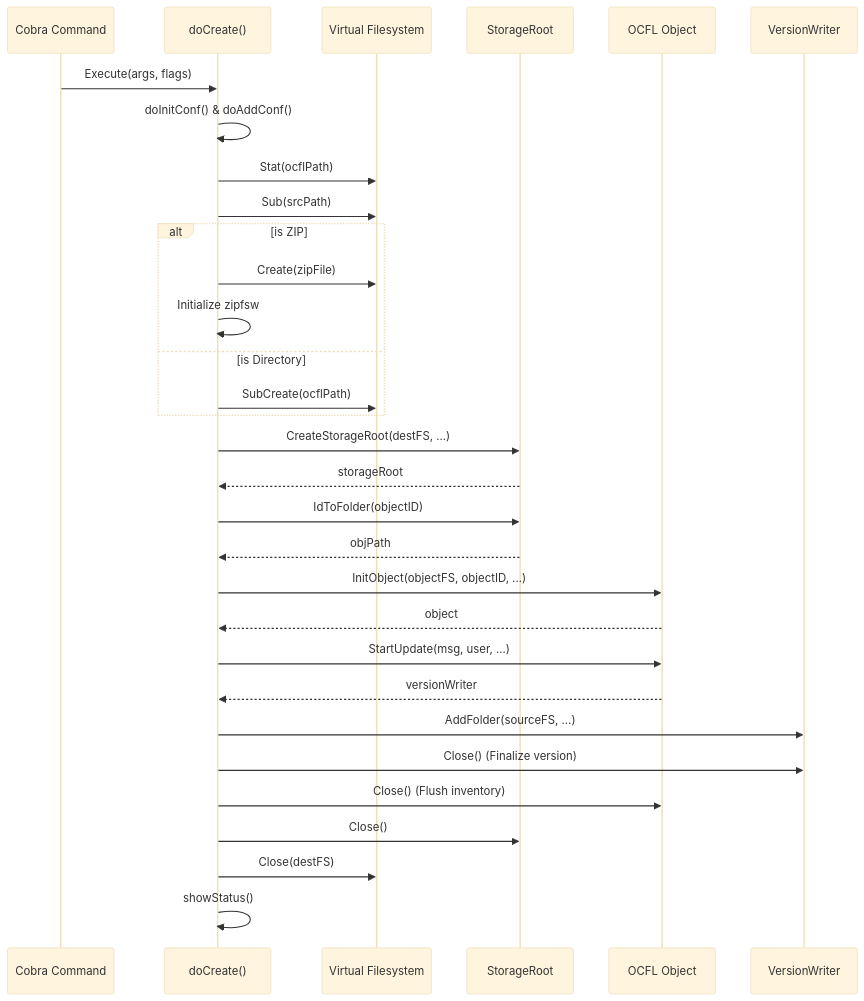
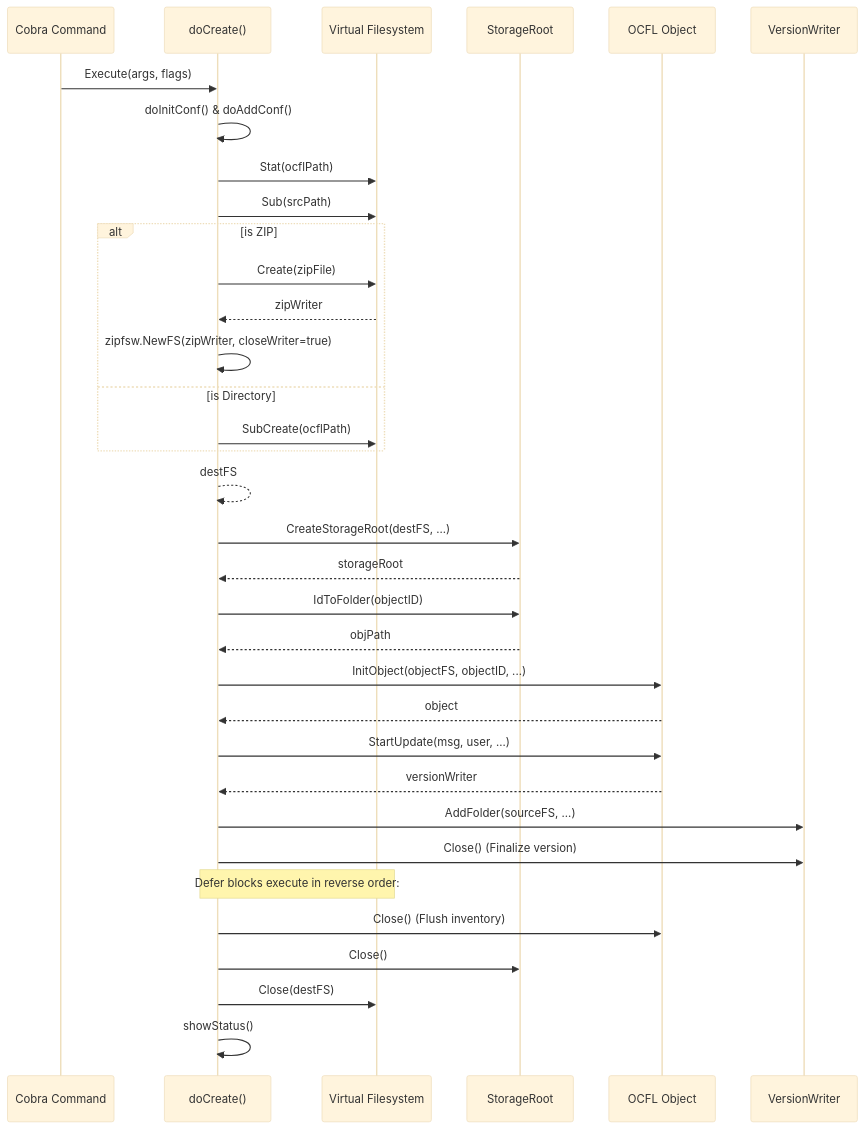
One commit to ocfl-archive/gocfl-cli changed the first of 2 diagrams in gocfl/cmd/docs/create.md. Above: the diagram before and after it, drawn with Mermaid (base theme). The commit also changed other lines of this file and 1 other file, not shown here.

Commit message:
Refactor `create` command: replace `Run` with `RunE` in Cobra configuration, enhance error handling with `errors` package, and streamline resource cleanup using `defer`.

````diff
--- a/gocfl/cmd/docs/create.md
+++ b/gocfl/cmd/docs/create.md
@@ -30,42 +30,45 @@
 ```mermaid
 sequenceDiagram
     participant CLI as Cobra Command
     participant DC as doCreate()
     participant VFS as Virtual Filesystem
     participant SR as StorageRoot
     participant OBJ as OCFL Object
     participant VW as VersionWriter
 
     CLI->>DC: Execute(args, flags)
     DC->>DC: doInitConf() & doAddConf()
     DC->>VFS: Stat(ocflPath)
     DC->>VFS: Sub(srcPath)
     
     alt is ZIP
         DC->>VFS: Create(zipFile)
-        DC->>DC: Initialize zipfsw
+        VFS-->>DC: zipWriter
+        DC->>DC: zipfsw.NewFS(zipWriter, closeWriter=true)
     else is Directory
         DC->>VFS: SubCreate(ocflPath)
     end
+    DC-->>DC: destFS
 
     DC->>SR: CreateStorageRoot(destFS, ...)
     SR-->>DC: storageRoot
     
     DC->>SR: IdToFolder(objectID)
     SR-->>DC: objPath
     
     DC->>OBJ: InitObject(objectFS, objectID, ...)
     OBJ-->>DC: object
     
     DC->>OBJ: StartUpdate(msg, user, ...)
     OBJ-->>DC: versionWriter
     
     DC->>VW: AddFolder(sourceFS, ...)
     DC->>VW: Close() (Finalize version)
     
+    Note over DC, VFS: Defer blocks execute in reverse order:
     DC->>OBJ: Close() (Flush inventory)
     DC->>SR: Close()
     DC->>VFS: Close(destFS)
     
     DC->>DC: showStatus()
 ```
````
